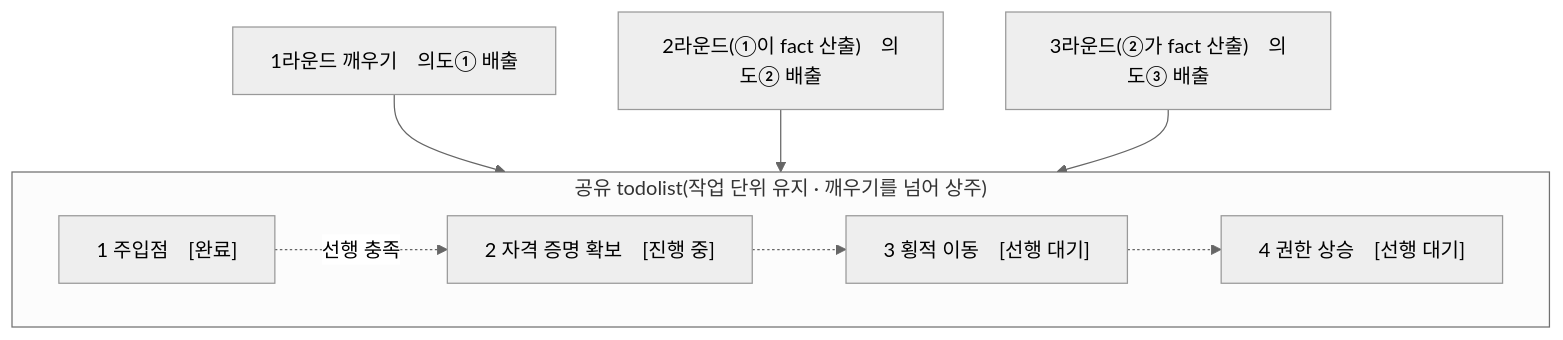
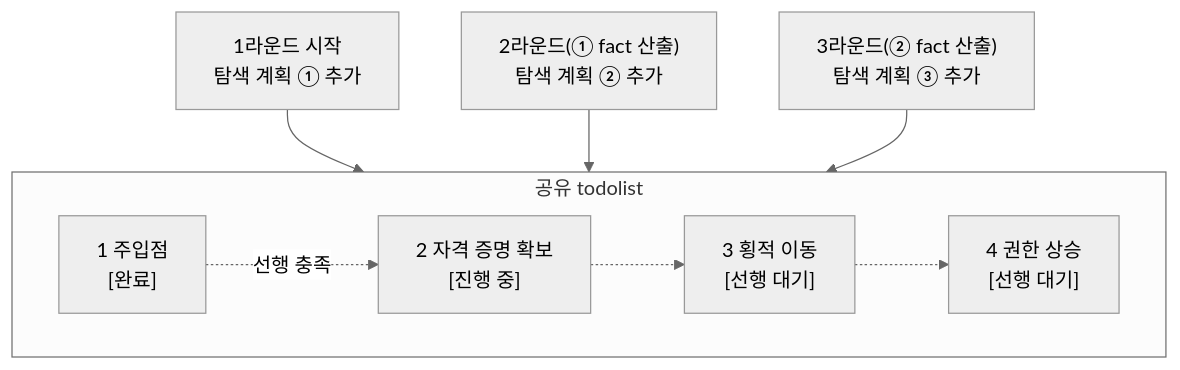
The fifth of 5 diagrams in README.md (wnduddld0513/ARTEX-KR), drawn with Mermaid (neutral theme) before and after one commit. The commit also changed other lines of this file and 88 other files, not shown here.

````diff
--- a/README.md
+++ b/README.md
@@ -446,14 +454,14 @@
 ```mermaid
 flowchart TB
-  subgraph TODO["공유 todolist(작업 단위 유지 · 깨우기를 넘어 상주)"]
+  subgraph TODO["공유 todolist"]
     direction LR
-    T1["1 주입점　[완료]"]
-    T2["2 자격 증명 확보　[진행 중]"]
-    T3["3 횡적 이동　[선행 대기]"]
-    T4["4 권한 상승　[선행 대기]"]
+    T1["1 주입점<br/>[완료]"]
+    T2["2 자격 증명 확보<br/>[진행 중]"]
+    T3["3 횡적 이동<br/>[선행 대기]"]
+    T4["4 권한 상승<br/>[선행 대기]"]
     T1 -.선행 충족.-> T2 -.-> T3 -.-> T4
   end
-  R1["1라운드 깨우기　의도① 배출"] --> T1
-  R2["2라운드(①이 fact 산출)　의도② 배출"] --> T2
-  R3["3라운드(②가 fact 산출)　의도③ 배출"] --> T3
+  R1["1라운드 시작<br/>탐색 계획 ① 추가"] --> T1
+  R2["2라운드(① fact 산출)<br/>탐색 계획 ② 추가"] --> T2
+  R3["3라운드(② fact 산출)<br/>탐색 계획 ③ 추가"] --> T3
 ```
````
